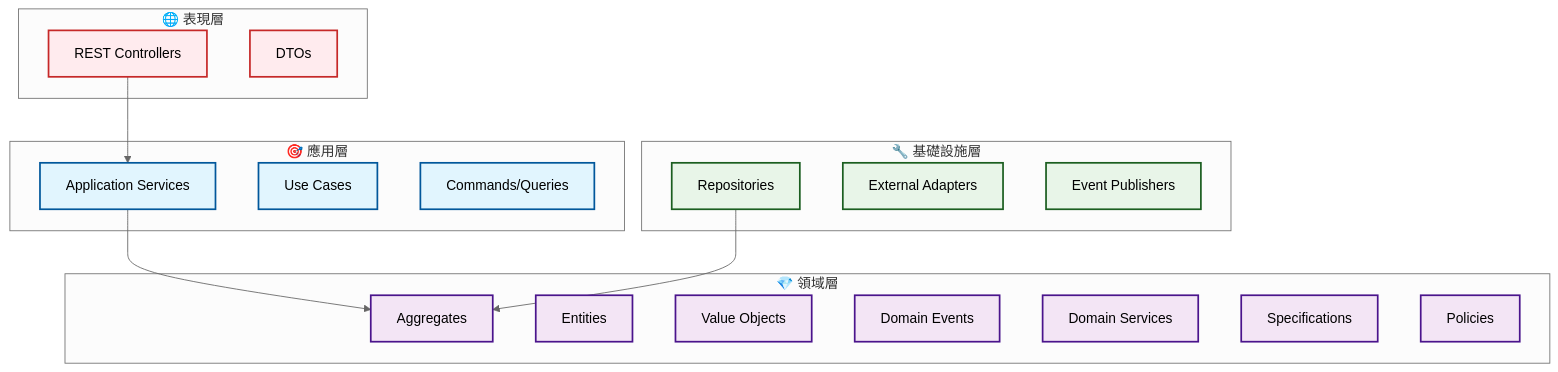
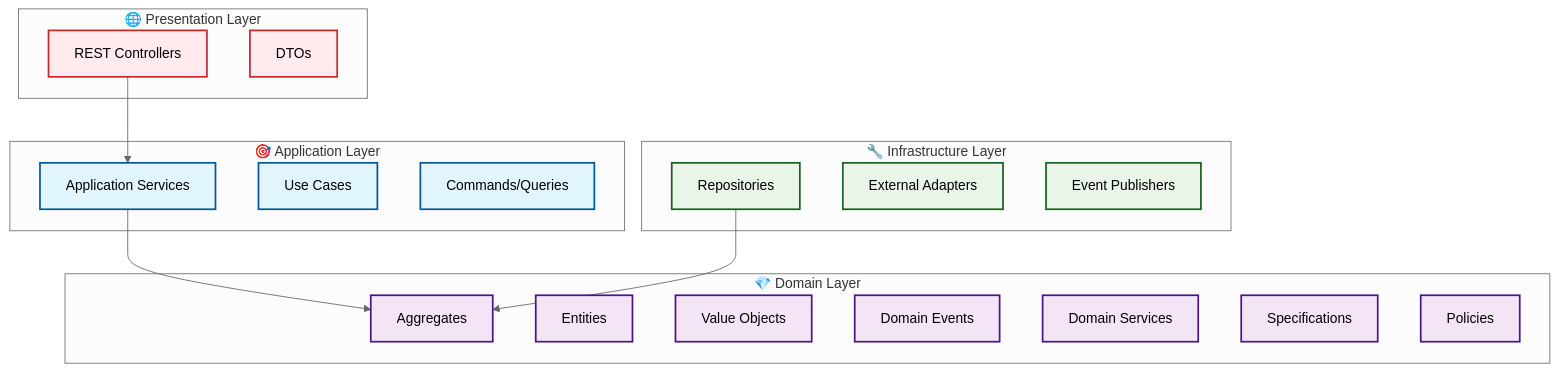
Before and after one commit to humank/genai-demo: the first of 3 diagrams in docs/en/reports/project-summary-2025.md, drawn with Mermaid (neutral theme). The commit also changed other lines of this file and 144 other files, not shown here.

````diff
--- a/docs/en/reports/project-summary-2025.md
+++ b/docs/en/reports/project-summary-2025.md
@@ -91,43 +89,43 @@
 ```mermaid
 graph TB
-    subgraph "🌐 表現層"
+    subgraph "🌐 Presentation Layer"
         A[REST Controllers]
         B[DTOs]
     end
     
-    subgraph "🎯 應用層"
+    subgraph "🎯 Application Layer"
         C[Application Services]
         D[Use Cases]
         E[Commands/Queries]
     end
     
-    subgraph "💎 領域層"
+    subgraph "💎 Domain Layer"
         F[Aggregates]
         G[Entities]
         H[Value Objects]
         I[Domain Events]
         J[Domain Services]
         K[Specifications]
         L[Policies]
     end
     
-    subgraph "🔧 基礎設施層"
+    subgraph "🔧 Infrastructure Layer"
         M[Repositories]
         N[External Adapters]
         O[Event Publishers]
     end
     
     A --> C
     C --> F
     M --> F
     
     classDef presentation fill:#ffebee,stroke:#c62828,stroke-width:2px
     classDef application fill:#e1f5fe,stroke:#01579b,stroke-width:2px
     classDef domain fill:#f3e5f5,stroke:#4a148c,stroke-width:2px
     classDef infrastructure fill:#e8f5e8,stroke:#1b5e20,stroke-width:2px
     
     class A,B presentation
     class C,D,E application
     class F,G,H,I,J,K,L domain
     class M,N,O infrastructure
 ```
````
